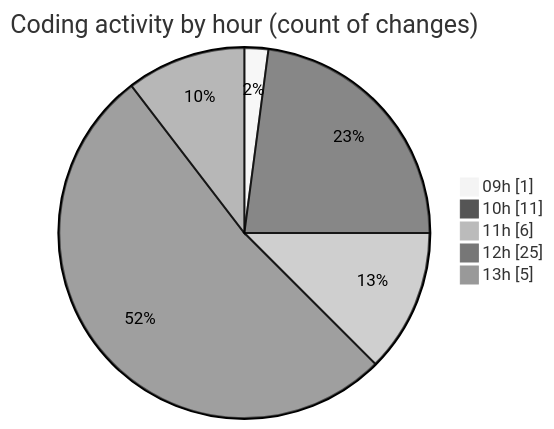
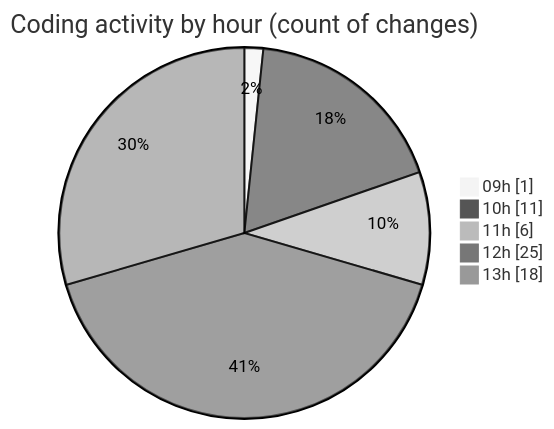
The second of 2 diagrams in 2026-09-28/cda/README.md (momahboobian/code-tracking), drawn with Mermaid (neutral theme) before and after one commit. The commit also changed other lines of this file and 1 other file, not shown here.

````diff
--- a/2026-09-28/cda/README.md
+++ b/2026-09-28/cda/README.md
@@ -46,9 +53,9 @@
 ```mermaid
 pie showData
 title Coding activity by hour (count of changes)
 "09h" : 1
 "10h" : 11
 "11h" : 6
 "12h" : 25
-"13h" : 5
+"13h" : 18
 ```
````
